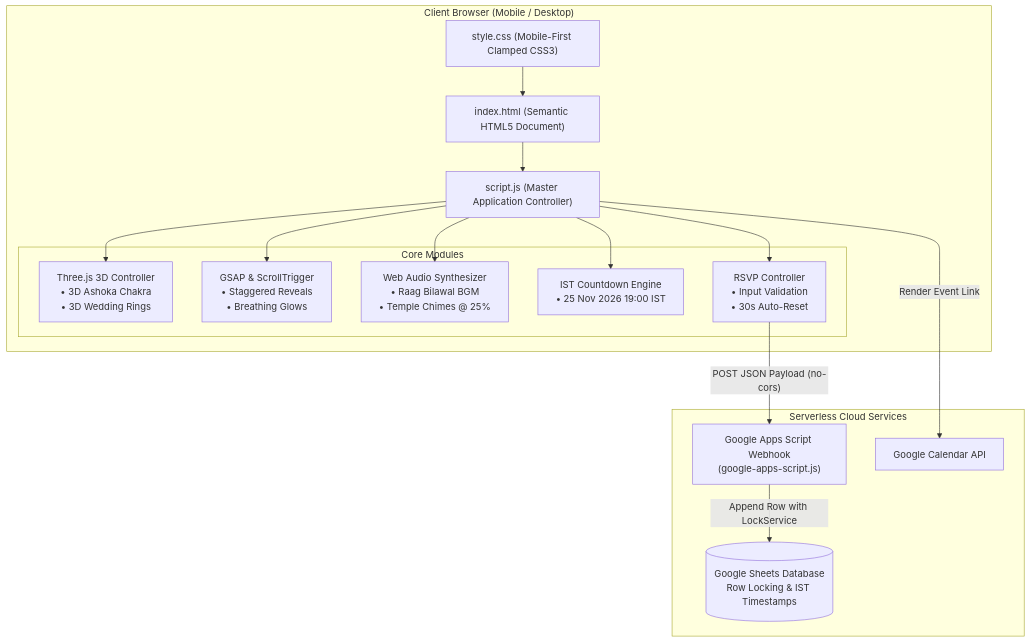
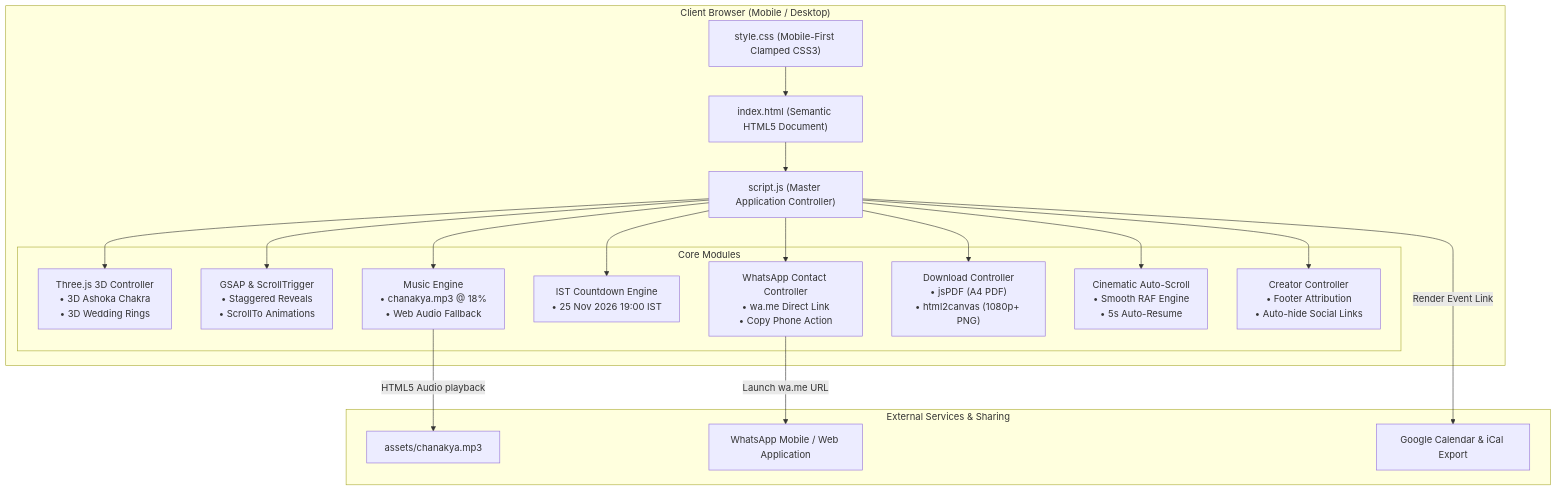
Before and after one commit to dilipk2026/wedding-invitation: the first of 2 diagrams in README.md, drawn with Mermaid. The commit also changed other lines of this file and 11 other files, not shown here.

Commit message:
refactor: remove RSVP system and visitor counter, add WhatsApp enquiries, invitation downloads, and chanakya.mp3 background audio

````diff
--- a/README.md
+++ b/README.md
@@ -166,34 +187,40 @@
 ```mermaid
 flowchart TD
     subgraph Client ["Client Browser (Mobile / Desktop)"]
         HTML["index.html (Semantic HTML5 Document)"]
         CSS["style.css (Mobile-First Clamped CSS3)"]
         JS["script.js (Master Application Controller)"]
         
         subgraph Subsystems ["Core Modules"]
             T3D["Three.js 3D Controller\n• 3D Ashoka Chakra\n• 3D Wedding Rings"]
-            GSAP["GSAP & ScrollTrigger\n• Staggered Reveals\n• Breathing Glows"]
-            AUDIO["Web Audio Synthesizer\n• Raag Bilawal BGM\n• Temple Chimes @ 25%"]
+            GSAP["GSAP & ScrollTrigger\n• Staggered Reveals\n• ScrollTo Animations"]
+            AUDIO["Music Engine\n• chanakya.mp3 @ 18%\n• Web Audio Fallback"]
             TIMER["IST Countdown Engine\n• 25 Nov 2026 19:00 IST"]
-            RSVP["RSVP Controller\n• Input Validation\n• 30s Auto-Reset"]
+            WA["WhatsApp Contact Controller\n• wa.me Direct Link\n• Copy Phone Action"]
+            EXPORT["Download Controller\n• jsPDF (A4 PDF)\n• html2canvas (1080p+ PNG)"]
+            AUTOSCROLL["Cinematic Auto-Scroll\n• Smooth RAF Engine\n• 5s Auto-Resume"]
+            CREATOR["Creator Controller\n• Footer Attribution\n• Auto-hide Social Links"]
         end
     end
 
-    subgraph Backend ["Serverless Cloud Services"]
-        GAS["Google Apps Script Webhook\n(google-apps-script.js)"]
-        GSHEET[("Google Sheets Database\nRow Locking & IST Timestamps")]
-        GCAL["Google Calendar API"]
+    subgraph External ["External Services & Sharing"]
+        WHATSAPP["WhatsApp Mobile / Web Application"]
+        GCAL["Google Calendar & iCal Export"]
+        MP3["assets/chanakya.mp3"]
     end
 
     HTML --> JS
     CSS --> HTML
     JS --> T3D
     JS --> GSAP
     JS --> AUDIO
     JS --> TIMER
-    JS --> RSVP
+    JS --> WA
+    JS --> EXPORT
+    JS --> AUTOSCROLL
+    JS --> CREATOR
 
-    RSVP -- "POST JSON Payload (no-cors)" --> GAS
-    GAS -- "Append Row with LockService" --> GSHEET
+    AUDIO -- "HTML5 Audio playback" --> MP3
+    WA -- "Launch wa.me URL" --> WHATSAPP
     JS -- "Render Event Link" --> GCAL
 ```
````
